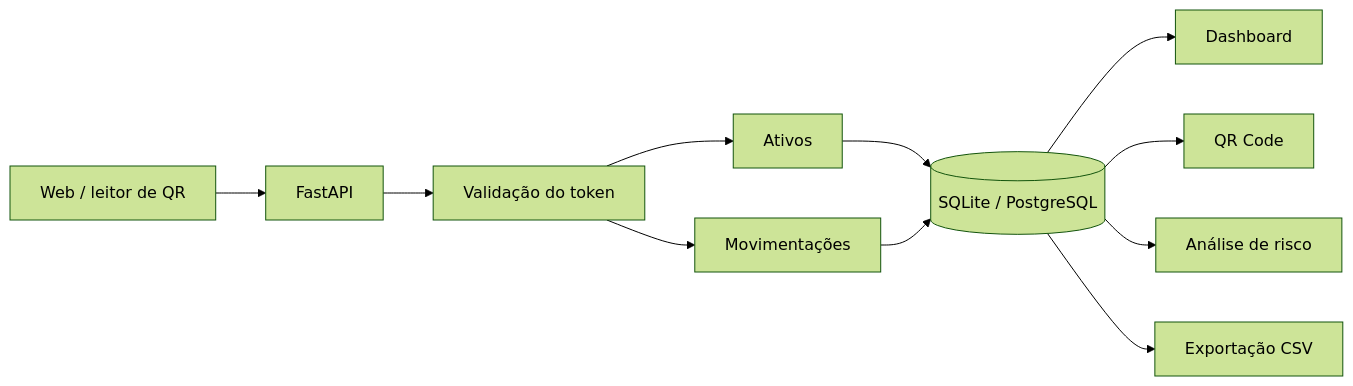
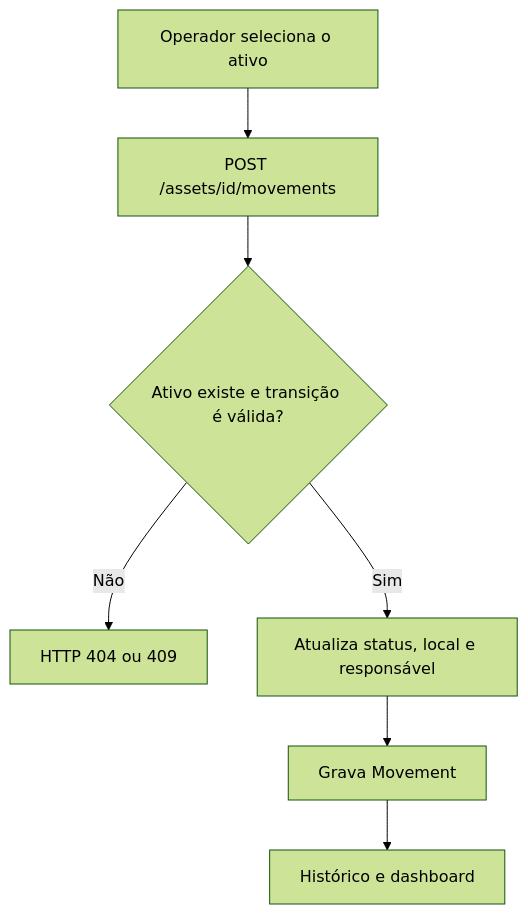
Before and after one commit to Clebin0/smart-inventory: the diagram in docs/ARCHITECTURE.md, drawn with Mermaid (forest theme). The commit also changed other lines of this file and 6 other files, not shown here.

````diff
--- a/docs/ARCHITECTURE.md
+++ b/docs/ARCHITECTURE.md
@@ -5,13 +7,9 @@
 ```mermaid
-flowchart LR
-    A[Web / leitor de QR] --> B[FastAPI]
-    B --> C[Validação do token]
-    C --> D[Ativos]
-    C --> E[Movimentações]
-    D --> F[(SQLite / PostgreSQL)]
-    E --> F
-    F --> G[Dashboard]
-    F --> H[QR Code]
-    F --> I[Análise de risco]
-    F --> J[Exportação CSV]
+flowchart TD
+    A[Operador seleciona o ativo] --> B[POST /assets/id/movements]
+    B --> C{Ativo existe e transição é válida?}
+    C -- Não --> D[HTTP 404 ou 409]
+    C -- Sim --> E[Atualiza status, local e responsável]
+    E --> F[Grava Movement]
+    F --> G[Histórico e dashboard]
 ```
````
